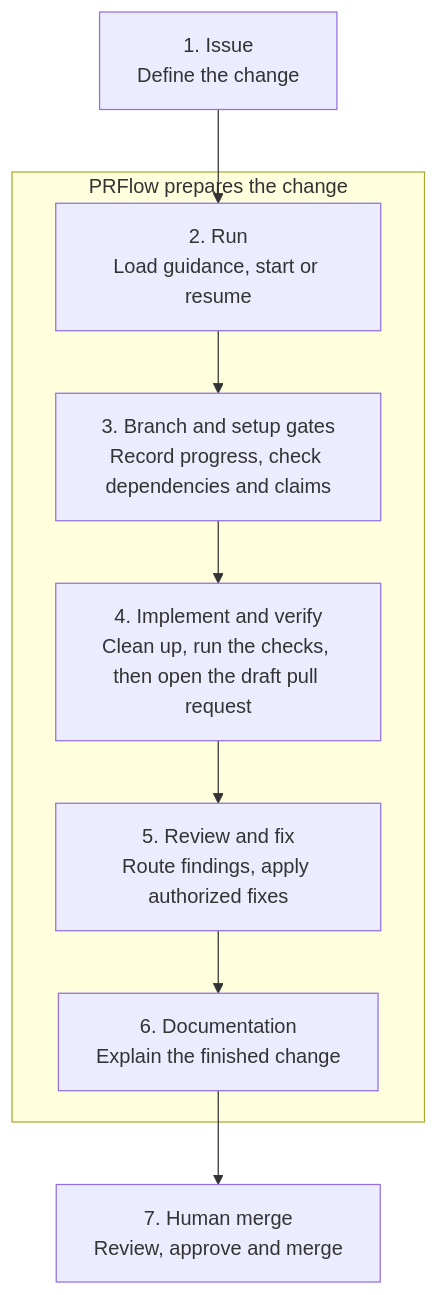
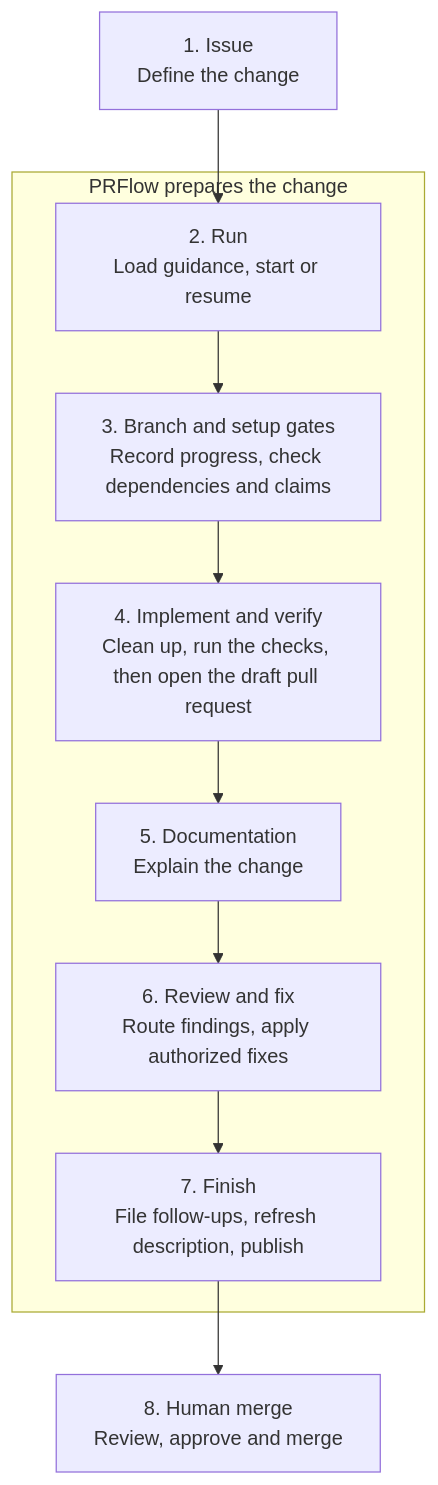
Before and after one commit to The01Geek/prflow: the diagram in docs/external/docs/concepts/lifecycle.md, drawn with Mermaid. The commit also changed other lines of this file and 127 other files, not shown here.

Commit message:
release: PRFlow v2.64.0 — /prflow:implement names branches by your rule and turns required docs into acceptance criteria, and review can read installed library source

````diff
--- a/docs/external/docs/concepts/lifecycle.md
+++ b/docs/external/docs/concepts/lifecycle.md
@@ -8,15 +8,16 @@
 ```mermaid
 flowchart TD
-    accTitle: Seven stages in the PRFlow lifecycle
-    accDescr: An issue starts a PRFlow run. PRFlow prepares a branch and workpad, clears its setup gates, implements the change, runs a cleanup pass over it, runs the repository's checks and opens a draft pull request. It then reviews the change, applies fixes and updates documentation. A person reviews and merges the finished pull request.
+    accTitle: Eight stages in the PRFlow lifecycle
+    accDescr: An issue starts a PRFlow run. PRFlow prepares a branch and workpad, clears its setup gates, implements the change, runs a cleanup pass over it, runs the repository's checks and opens a draft pull request. It then updates documentation, reviews the change and its documentation, applies fixes, and finishes the pull request. A person reviews and merges the finished pull request.
     issue["1. Issue<br/>Define the change"] --> run["2. Run<br/>Load guidance, start or resume"]
 
     subgraph prflow["PRFlow prepares the change"]
         run --> branch["3. Branch and setup gates<br/>Record progress, check dependencies and claims"]
         branch --> draft["4. Implement and verify<br/>Clean up, run the checks, then open the draft pull request"]
-        draft --> review["5. Review and fix<br/>Route findings, apply authorized fixes"]
-        review --> docs["6. Documentation<br/>Explain the finished change"]
+        draft --> docs["5. Documentation<br/>Explain the change"]
+        docs --> review["6. Review and fix<br/>Route findings, apply authorized fixes"]
+        review --> finish["7. Finish<br/>File follow-ups, refresh description, publish"]
     end
 
-    docs --> merge["7. Human merge<br/>Review, approve and merge"]
+    finish --> merge["8. Human merge<br/>Review, approve and merge"]
 ```
````
